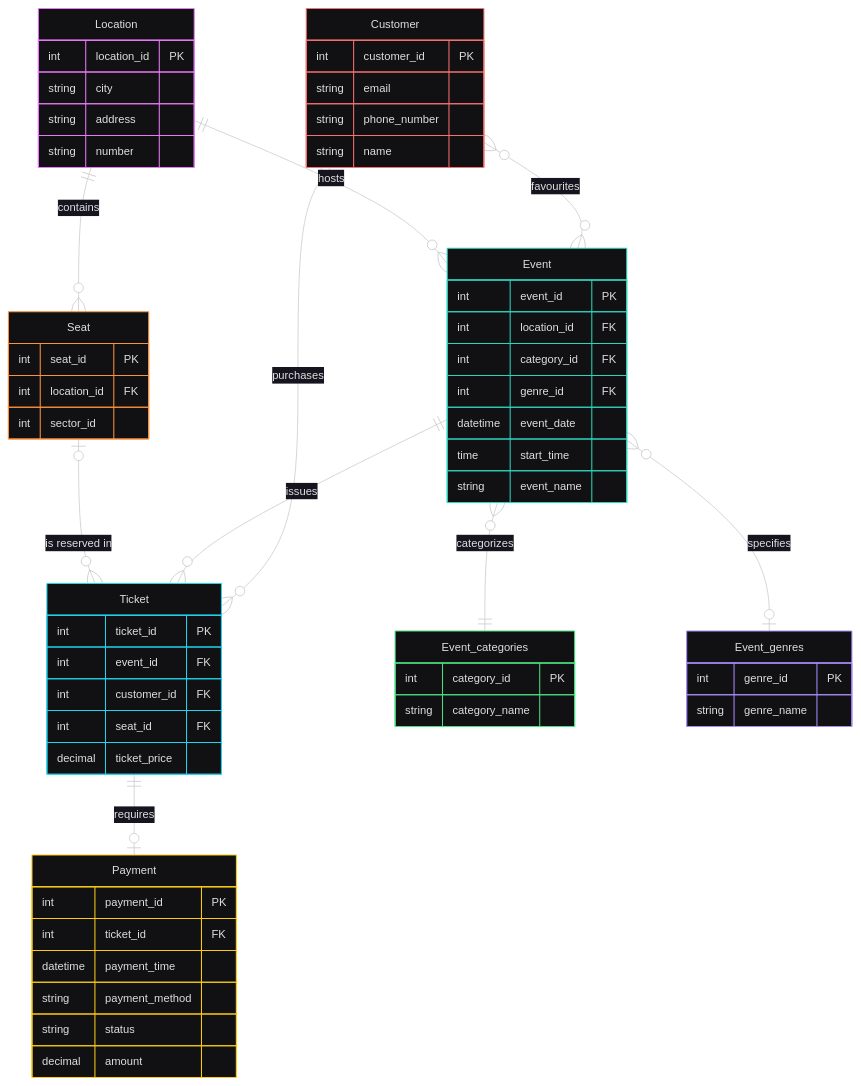
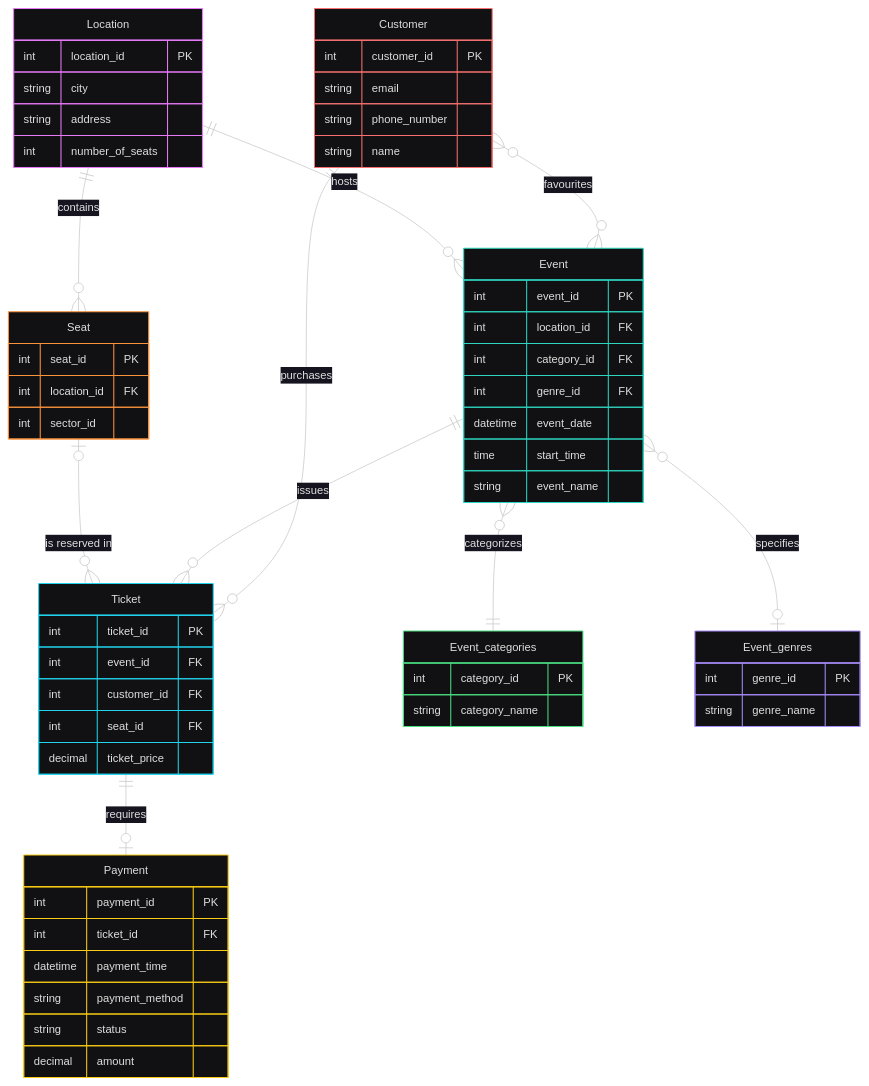
One commit to anastasiiaaz/2-course-mavpz changed the diagram in lab1/diagram.mmd. Above: the diagram before and after it, drawn with Mermaid.

Commit message:
docs: changes type and name of attribute

```diff
--- a/lab1/diagram.mmd
+++ b/lab1/diagram.mmd
@@ -1,72 +1,72 @@
 %%{
   init: {
     'theme': 'redux-dark-color'
   }
 }%%
 erDiagram
     Location ||--o{ Event : "hosts"
     Location ||--o{ Seat : "contains"
     Seat |o--o{ Ticket : "is reserved in"
     Event ||--o{ Ticket : "issues"
     Event }o--|| Event_categories : "categorizes"
     Event }o--o| Event_genres : "specifies"
     Customer ||--o{ Ticket : "purchases"
     Ticket ||--o| Payment : "requires"
     Customer }o--o{ Event : "favourites"
 
     Location {
         int location_id PK
         string city
         string address
-        string number
+        int number_of_seats
     }
 
     Event {
         int event_id PK
         int location_id FK
         int category_id FK
         int genre_id FK
         datetime event_date
         time start_time
         string event_name
     }
 
     Event_categories {
         int category_id PK
         string category_name
     }
 
     Event_genres {
         int genre_id PK
         string genre_name
     }
 
     Customer {
         int customer_id PK
         string email
         string phone_number
         string name
     }
 
     Ticket {
         int ticket_id PK
         int event_id FK
         int customer_id FK
         int seat_id FK
         decimal ticket_price
     }
 
     Payment {
         int payment_id PK
         int ticket_id FK
         datetime payment_time
         string payment_method
         string status
         decimal amount
     }
 
     Seat {
         int seat_id PK
         int location_id FK
         int sector_id
     }
```
